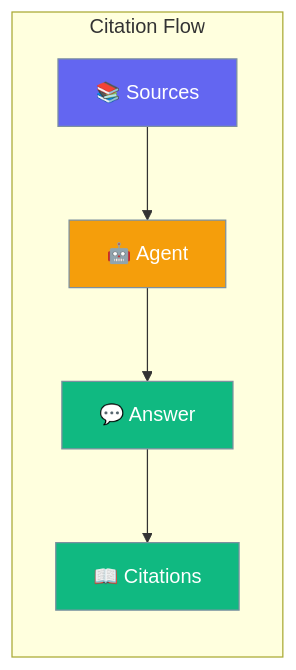
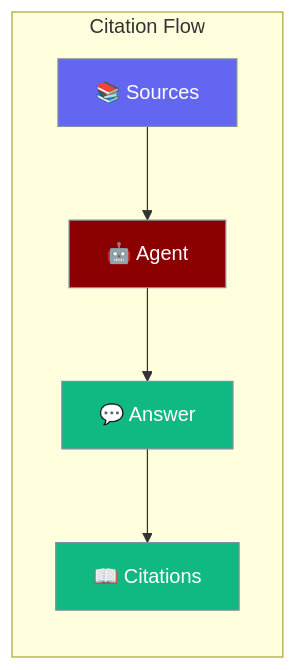
The first of 2 diagrams in docs/js/citations.mdx (MervinPraison/PraisonAIDocs), drawn with Mermaid before and after one commit. The commit also changed 19 other files, not shown here.

````diff
--- a/docs/js/citations.mdx
+++ b/docs/js/citations.mdx
@@ -10,16 +10,17 @@
 ```mermaid
 graph LR
     subgraph "Citation Flow"
         A[📚 Sources] --> B[🤖 Agent]
         B --> C[💬 Answer]
         C --> D[📖 Citations]
     end
     
     classDef source fill:#6366F1,stroke:#7C90A0,color:#fff
-    classDef agent fill:#F59E0B,stroke:#7C90A0,color:#fff
+    classDef agent fill:#8B0000,stroke:#7C90A0,color:#fff
+    classDef tool fill:#189AB4,stroke:#7C90A0,color:#fff
     classDef output fill:#10B981,stroke:#7C90A0,color:#fff
     
     class A source
     class B agent
     class C,D output
 ```
````
